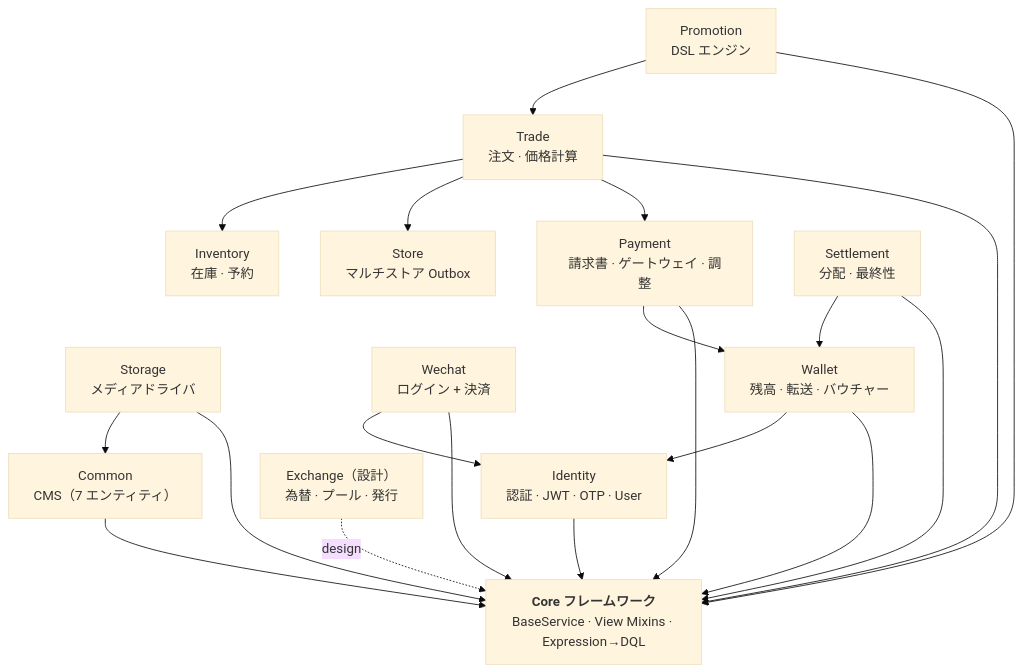
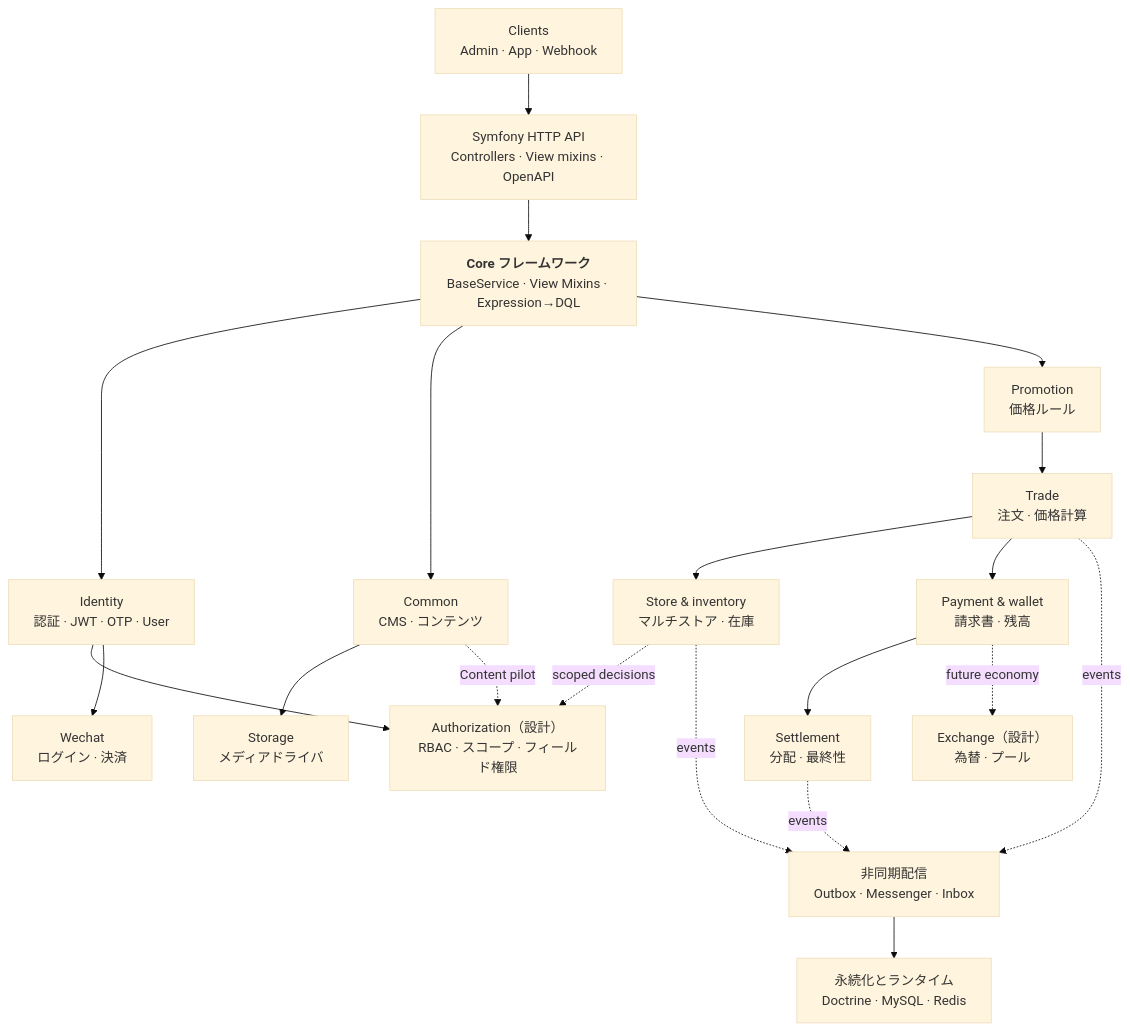
The first of 3 diagrams in README.ja.md (dream-studio-china/edc-online-membership), drawn with Mermaid (base theme) before and after one commit. The commit also changed other lines of this file and 3 other files, not shown here.

First line of the commit message:
docs(readme): expand architecture diagram vertically and sync translations

````diff
--- a/README.ja.md
+++ b/README.ja.md
@@ -13,37 +13,38 @@
 ```mermaid
 flowchart TB
+    Client["Clients<br/>Admin · App · Webhook"]
+    Api["Symfony HTTP API<br/>Controllers · View mixins · OpenAPI"]
     Core["<b>Core フレームワーク</b><br/>BaseService · View Mixins · Expression→DQL"]
 
     Identity["Identity<br/>認証 · JWT · OTP · User"]
-    Common["Common<br/>CMS（7 エンティティ）"]
+    Authorization["Authorization（設計）<br/>RBAC · スコープ · フィールド権限"]
+    Common["Common<br/>CMS · コンテンツ"]
     Storage["Storage<br/>メディアドライバ"]
-    Wechat["Wechat<br/>ログイン + 決済"]
-    Wallet["Wallet<br/>残高 · 転送 · バウチャー"]
-    Payment["Payment<br/>請求書 · ゲートウェイ · 調整"]
+    Promotion["Promotion<br/>価格ルール"]
     Trade["Trade<br/>注文 · 価格計算"]
-    Store["Store<br/>マルチストア Outbox"]
-    Inventory["Inventory<br/>在庫 · 予約"]
-    Promotion["Promotion<br/>DSL エンジン"]
+    Fulfilment["Store & inventory<br/>マルチストア · 在庫"]
+    Payments["Payment & wallet<br/>請求書 · 残高"]
+    Wechat["Wechat<br/>ログイン · 決済"]
     Settlement["Settlement<br/>分配 · 最終性"]
-    Exchange["Exchange（設計）<br/>為替 · プール · 発行"]
+    Exchange["Exchange（設計）<br/>為替 · プール"]
+    Messaging["非同期配信<br/>Outbox · Messenger · Inbox"]
+    Persistence["永続化とランタイム<br/>Doctrine · MySQL · Redis"]
 
-    Identity --> Core
-    Common --> Core
-    Storage --> Core
-    Storage --> Common
-    Wechat --> Core
-    Wechat --> Identity
-    Wallet --> Core
-    Wallet --> Identity
-    Payment --> Core
-    Payment --> Wallet
-    Trade --> Core
-    Trade --> Payment
-    Trade --> Store
-    Trade --> Inventory
-    Promotion --> Core
+    Client --> Api --> Core
+    Core --> Identity
+    Core --> Common
+    Core --> Promotion
+    Identity --> Authorization
+    Identity --> Wechat
+    Common --> Storage
+    Common -. "Content pilot" .-> Authorization
     Promotion --> Trade
-    Settlement --> Core
-    Settlement --> Wallet
-    Exchange -. "design" .-> Core
+    Trade --> Fulfilment
+    Trade --> Payments --> Settlement
+    Fulfilment -. "scoped decisions" .-> Authorization
+    Payments -. "future economy" .-> Exchange
+    Trade -. events .-> Messaging
+    Fulfilment -. events .-> Messaging
+    Settlement -. events .-> Messaging
+    Messaging --> Persistence
 ```
````
